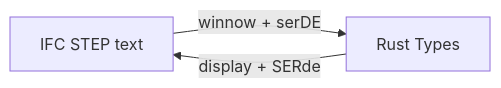
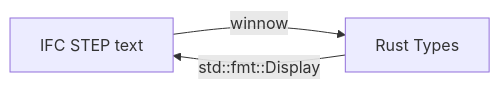
The diagram in README.md (MetabuildDev/ifc_rs), drawn with Mermaid before and after one commit.

````diff
--- a/README.md
+++ b/README.md
@@ -7,9 +7,9 @@
 ```mermaid
 graph LR
 
 ifc[IFC STEP text]
 rust[Rust Types]
 
-ifc --> |winnow + serDE| rust
-rust --> |display + SERde| ifc
+ifc --> |winnow| rust
+rust --> |std::fmt::Display| ifc
 ```
````
